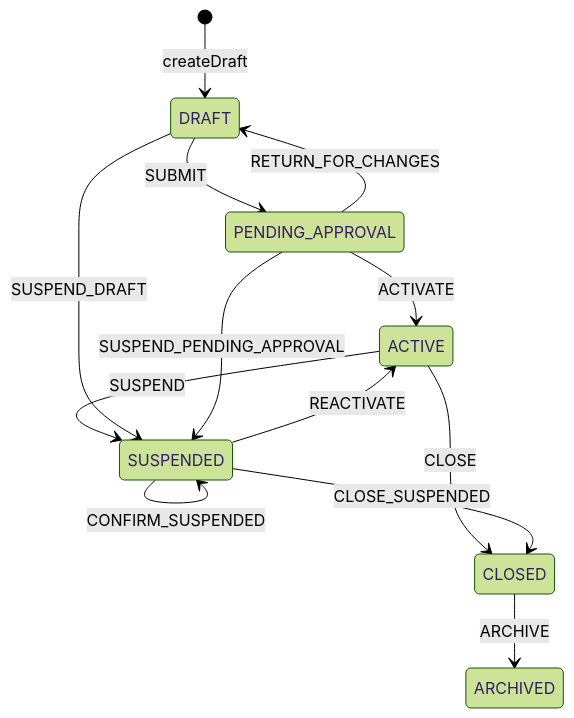
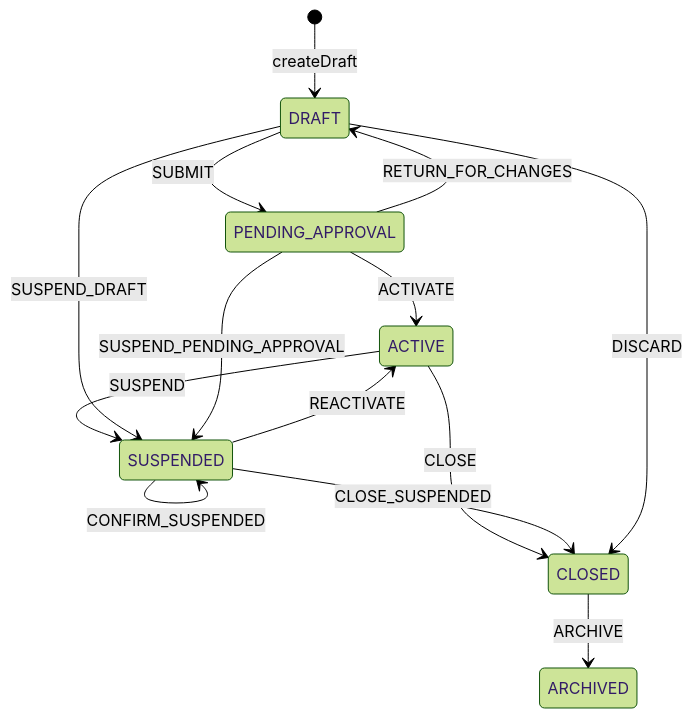
The first of 2 diagrams in docs/operations/branch-provisioning.md (kevogaba/finaxis-platform), drawn with Mermaid (forest theme) before and after one commit. The commit also changed other lines of this file and 20 other files, not shown here.

First line of the commit message:
feat(lifecycle): discard a draft branch (#222) (#303)

````diff
--- a/docs/operations/branch-provisioning.md
+++ b/docs/operations/branch-provisioning.md
@@ -13,15 +13,16 @@
 ```mermaid
 stateDiagram-v2
     [*] --> DRAFT: createDraft
     DRAFT --> PENDING_APPROVAL: SUBMIT
     PENDING_APPROVAL --> ACTIVE: ACTIVATE
     PENDING_APPROVAL --> DRAFT: RETURN_FOR_CHANGES
     ACTIVE --> SUSPENDED: SUSPEND
     DRAFT --> SUSPENDED: SUSPEND_DRAFT
     PENDING_APPROVAL --> SUSPENDED: SUSPEND_PENDING_APPROVAL
     SUSPENDED --> SUSPENDED: CONFIRM_SUSPENDED
     SUSPENDED --> ACTIVE: REACTIVATE
     ACTIVE --> CLOSED: CLOSE
     SUSPENDED --> CLOSED: CLOSE_SUSPENDED
+    DRAFT --> CLOSED: DISCARD
     CLOSED --> ARCHIVED: ARCHIVE
 ```
````
